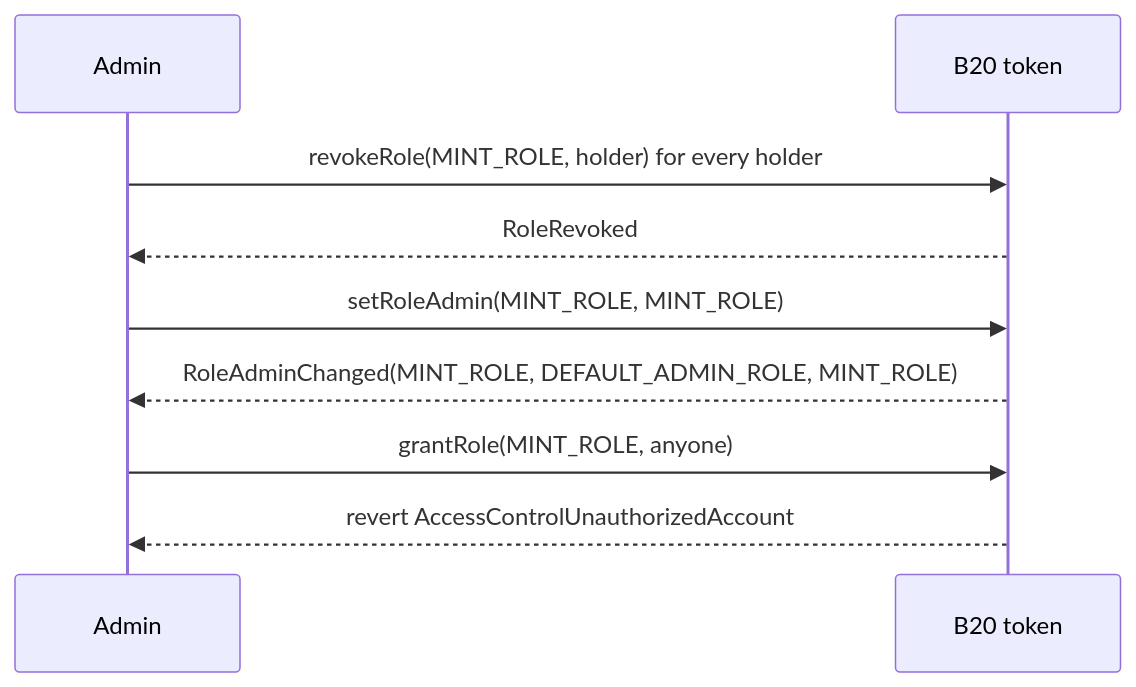
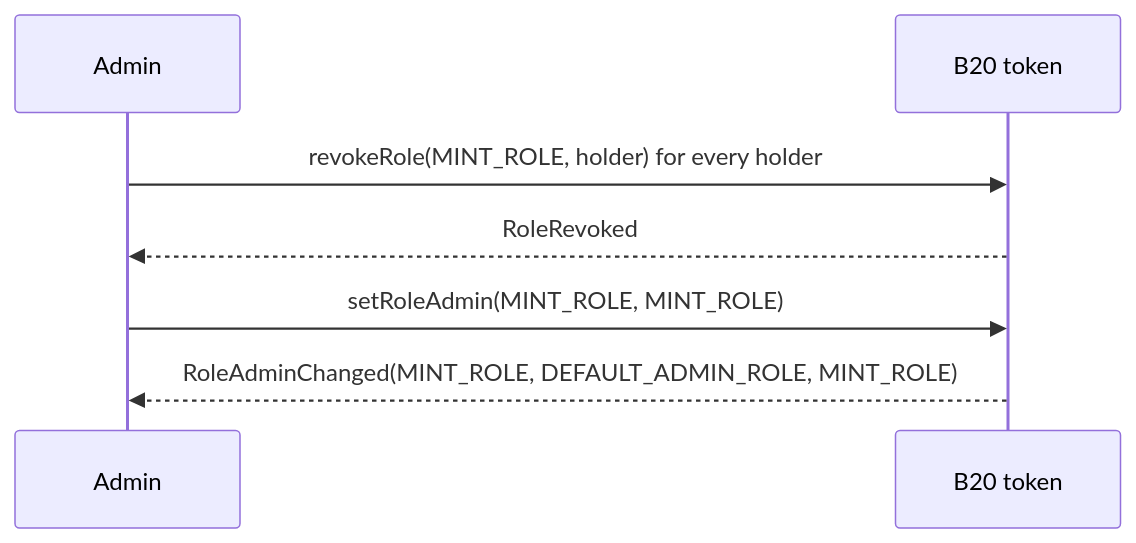
The fifth of 6 diagrams in docs/concepts/roles-and-pause.md (base/base-std), drawn with Mermaid before and after one commit. The commit also changed other lines of this file and 1 other file, not shown here.

````diff
--- a/docs/concepts/roles-and-pause.md
+++ b/docs/concepts/roles-and-pause.md
@@ -156,12 +154,10 @@
 ```mermaid
 sequenceDiagram
     participant Admin
     participant Token as B20 token
 
     Admin->>Token: revokeRole(MINT_ROLE, holder) for every holder
     Token-->>Admin: RoleRevoked
     Admin->>Token: setRoleAdmin(MINT_ROLE, MINT_ROLE)
     Token-->>Admin: RoleAdminChanged(MINT_ROLE, DEFAULT_ADMIN_ROLE, MINT_ROLE)
-    Admin->>Token: grantRole(MINT_ROLE, anyone)
-    Token-->>Admin: revert AccessControlUnauthorizedAccount
 ```
````
